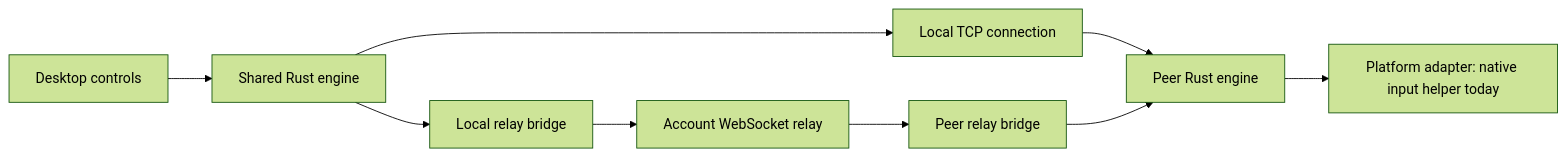
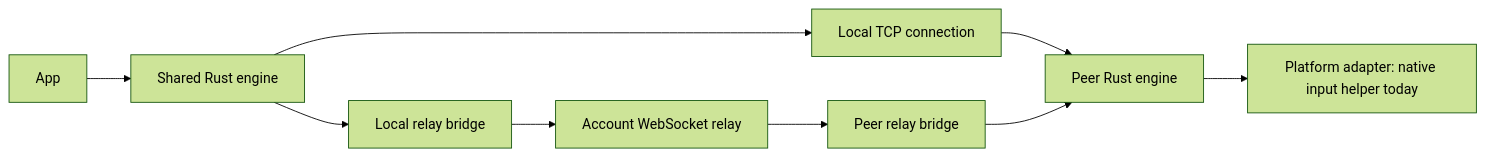
One commit to DaniGuardiola/extend.computer changed the diagram in docs/overview.md. Above: the diagram before and after it, drawn with Mermaid (forest theme). The commit also changed other lines of this file and 161 other files, not shown here.

````diff
--- a/docs/overview.md
+++ b/docs/overview.md
@@ -75,11 +78,11 @@
 ```mermaid
 flowchart LR
-    UI[Desktop controls] --> Engine[Shared Rust engine]
+    UI[App] --> Engine[Shared Rust engine]
     Engine --> LAN[Local TCP connection]
     Engine --> Bridge[Local relay bridge]
     Bridge --> Relay[Account WebSocket relay]
     LAN --> Peer[Peer Rust engine]
     Relay --> PeerBridge[Peer relay bridge]
     PeerBridge --> Peer
     Peer --> Native[Platform adapter: native input helper today]
 ```
````
